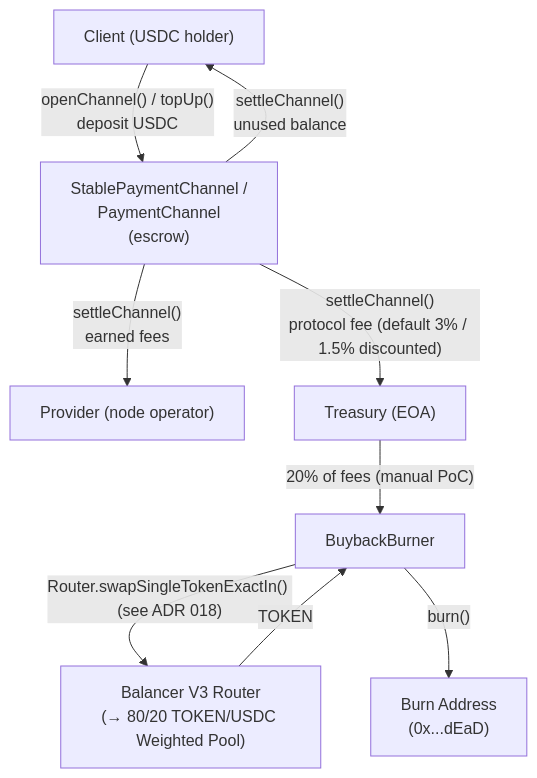
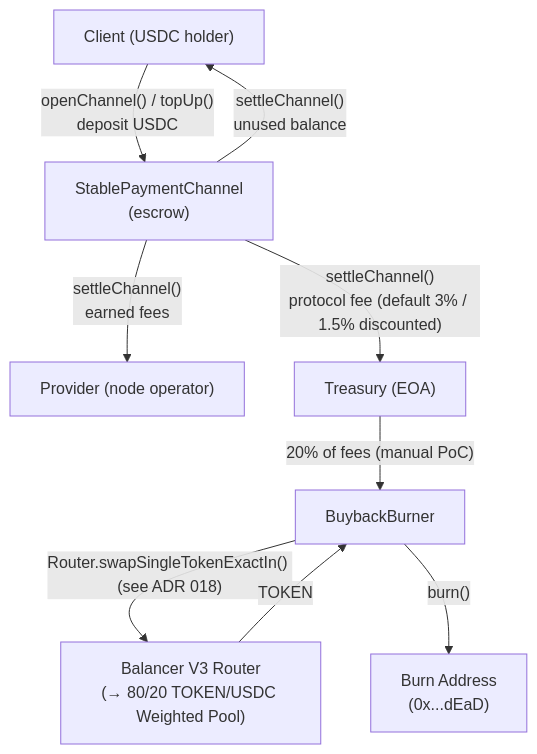
One commit to decdn/decdn changed the fourth of 6 diagrams in adr/016-contract-interactions.md. Above: the diagram before and after it, drawn with Mermaid. The commit also changed other lines of this file and 21 other files, not shown here.

````diff
--- a/adr/016-contract-interactions.md
+++ b/adr/016-contract-interactions.md
@@ -194,19 +319,19 @@
 ```mermaid
 flowchart TD
     Client["Client (USDC holder)"]
-    SPC["StablePaymentChannel /<br/>PaymentChannel<br/>(escrow)"]
+    SPC["StablePaymentChannel<br/>(escrow)"]
     Provider["Provider (node operator)"]
     Treasury["Treasury (EOA)"]
     BB["BuybackBurner"]
     BAL["Balancer V3 Router<br/>(→ 80/20 TOKEN/USDC Weighted Pool)"]
     BURN["Burn Address<br/>(0x...dEaD)"]
 
     Client -->|"openChannel() / topUp()<br/>deposit USDC"| SPC
     SPC -->|"settleChannel()<br/>earned fees"| Provider
     SPC -->|"settleChannel()<br/>protocol fee (default 3% / 1.5% discounted)"| Treasury
     SPC -->|"settleChannel()<br/>unused balance"| Client
     Treasury -->|"20% of fees (manual PoC)"| BB
     BB -->|"Router.swapSingleTokenExactIn() (see ADR 018)"| BAL
     BAL -->|"TOKEN"| BB
     BB -->|"burn()"| BURN
 ```
````
